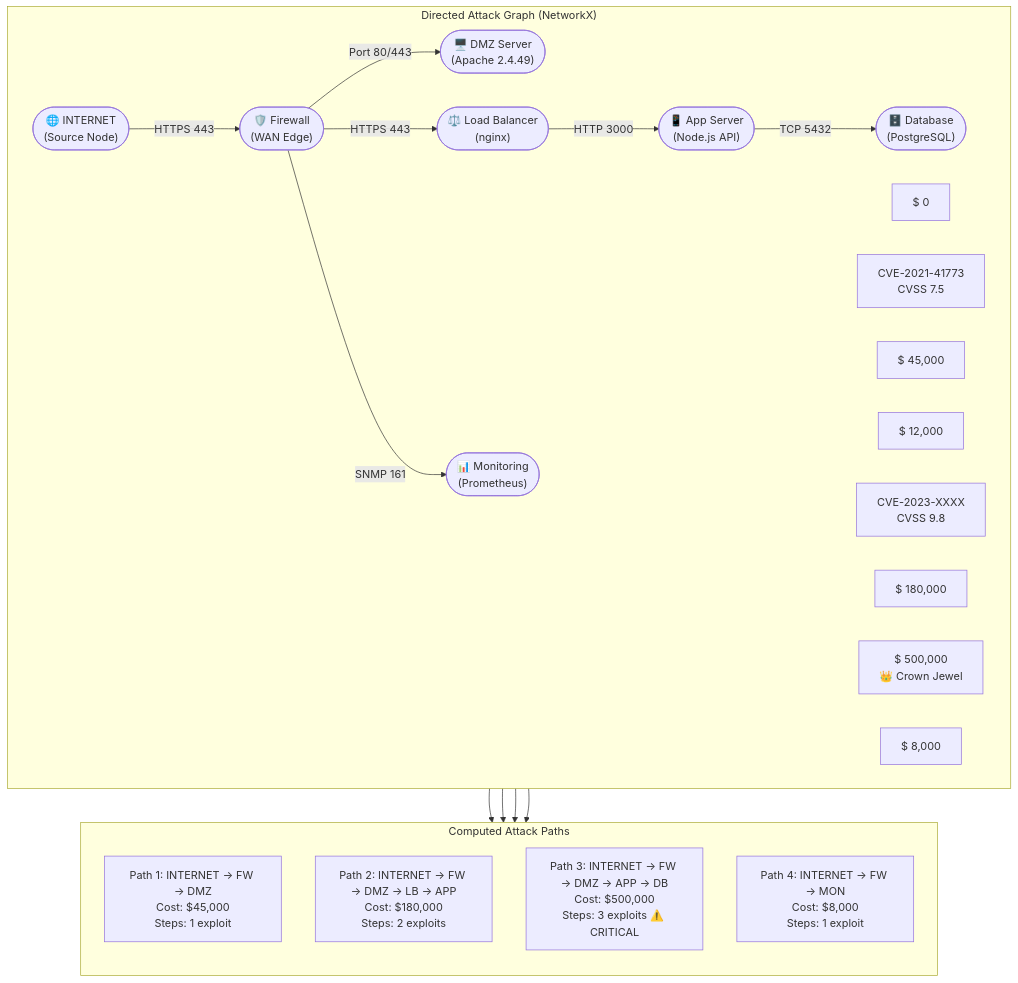
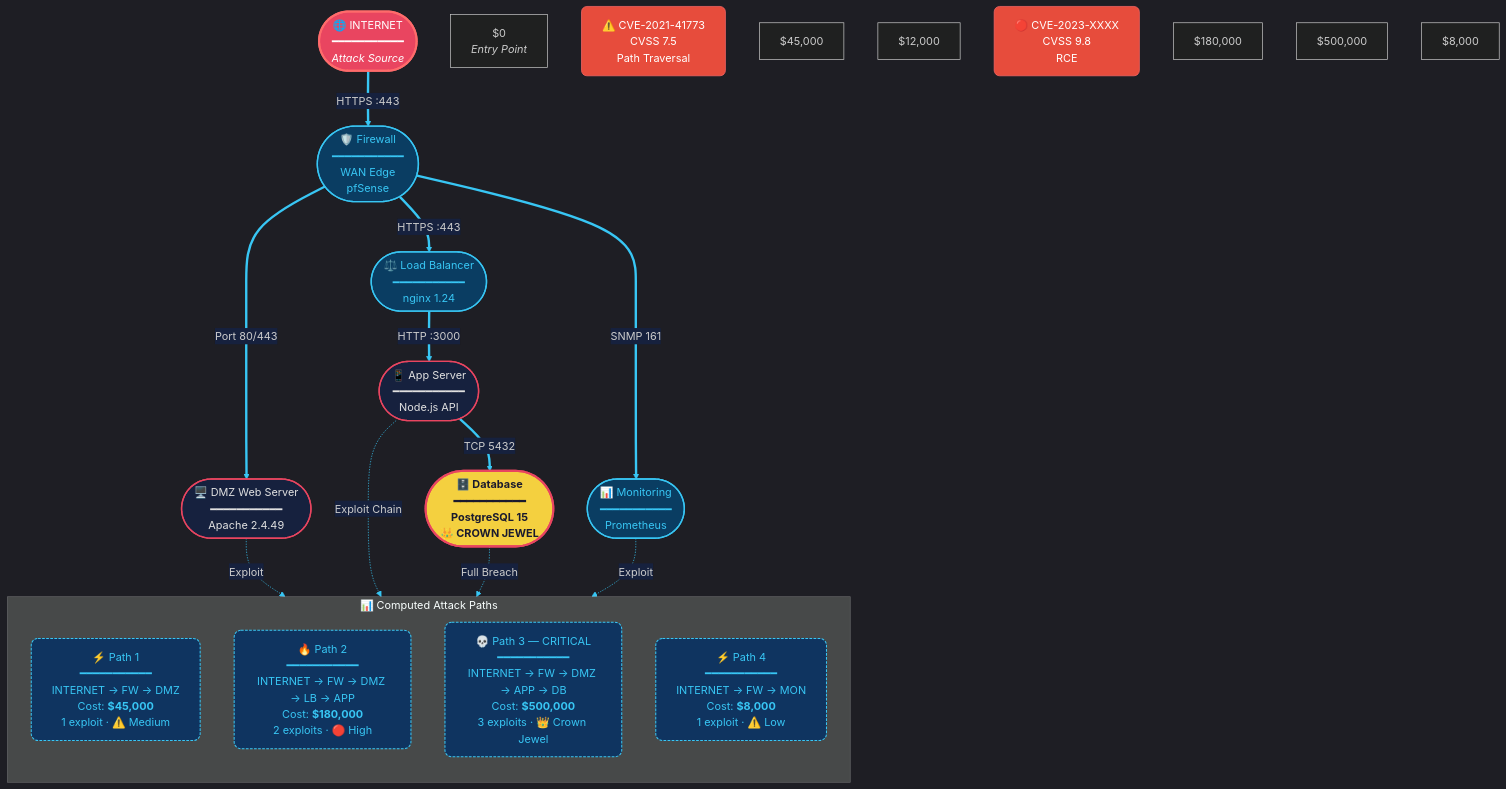
Before and after one commit to soumyachk101/Drishti-Innofusion: the third of 7 diagrams in README.md, drawn with Mermaid. The commit also changed other lines of this file, not shown here.

First line of the commit message:
docs: update README with enhanced mermaid styling and architecture diagrams

````diff
--- a/README.md
+++ b/README.md
@@ -242,48 +241,52 @@
 ```mermaid
+%%{init: {'theme': 'dark', 'themeVariables': { 'primaryColor': '#1a1a2e', 'edgeLabelBackground':'#16213e', 'tertiaryColor': '#0f3460', 'primaryTextColor': '#e0e0e0', 'lineColor': '#38c6f4', 'secondaryColor': '#1a1a2e', 'tertiaryColor': '#0f3460'}}}%%
 flowchart TD
- subgraph GraphModel["Directed Attack Graph (NetworkX)"]
- direction LR
+ classDef internet fill:#e94560,stroke:#ff6b6b,stroke-width:3px,color:#fff,rx:20,font-size:16px
+ classDef edge fill:#0a3d62,stroke:#38c6f4,stroke-width:2px,color:#38c6f4,rx:12
+ classDef server fill:#16213e,stroke:#e94560,stroke-width:2px,color:#e0e0e0,rx:12
+ classDef jewel fill:#f4d03f,stroke:#e94560,stroke-width:3px,color:#1a1a2e,rx:12,font-weight:bold
+ classDef vuln fill:#e74c3c,stroke:#ff6b6b,stroke-width:1px,color:#fff,rx:8
+ classDef path fill:#0f3460,stroke:#38c6f4,stroke-width:1.5px,color:#38c6f4,rx:10,stroke-dasharray:4 2
 
- INTERNET(["🌐 INTERNET<br/>(Source Node)"])
+ N0(["🌐 INTERNET<br/>━━━━━━━━━━━<br/><i>Attack Source</i>"]):::internet
 
- FIREWALL1(["🛡️ Firewall<br/>(WAN Edge)"])
- FW1_PRICE["$ 0"]
+ N1(["🛡️ Firewall<br/>━━━━━━━━━━━<br/>WAN Edge<br/>pfSense"]):::edge
+ PRICE1["$0<br/><i>Entry Point</i>"]
 
- DMZ_SRV(["🖥️ DMZ Server<br/>(Apache 2.4.49)"])
- DMZ_VULN["CVE-2021-41773<br/>CVSS 7.5"]
- DMZ_PRICE["$ 45,000"]
+ N2(["🖥️ DMZ Web Server<br/>━━━━━━━━━━━<br/>Apache 2.4.49"]):::server
+ VULN2["⚠️ CVE-2021-41773<br/>CVSS 7.5<br/>Path Traversal"]:::vuln
+ PRICE2["$45,000"]
 
- LB(["⚖️ Load Balancer<br/>(nginx)"])
- LB_PRICE["$ 12,000"]
+ N3(["⚖️ Load Balancer<br/>━━━━━━━━━━━<br/>nginx 1.24"]):::edge
+ PRICE3["$12,000"]
 
- APP_SRV(["📱 App Server<br/>(Node.js API)"])
- APP_VULN["CVE-2023-XXXX<br/>CVSS 9.8"]
- APP_PRICE["$ 180,000"]
+ N4(["📱 App Server<br/>━━━━━━━━━━━<br/>Node.js API"]):::server
+ VULN4["🔴 CVE-2023-XXXX<br/>CVSS 9.8<br/>RCE"]:::vuln
+ PRICE4["$180,000"]
 
- DB(["🗄️ Database<br/>(PostgreSQL)"])
- DB_PRICE["$ 500,000<br/>👑 Crown Jewel"]
+ N5(["🗄️ Database<br/>━━━━━━━━━━━<br/>PostgreSQL 15<br/>👑 CROWN JEWEL"]):::jewel
+ PRICE5["$500,000"]
 
- MON(["📊 Monitoring<br/>(Prometheus)"])
- MON_PRICE["$ 8,000"]
+ N6(["📊 Monitoring<br/>━━━━━━━━━━━<br/>Prometheus"]):::edge
+ PRICE6["$8,000"]
+
+ subgraph PATHS [📊 Computed Attack Paths]
+ direction TB
+ PATH1["⚡ Path 1<br/>━━━━━━━━━━━<br/>INTERNET → FW → DMZ<br/>Cost: <b>$45,000</b><br/>1 exploit · ⚠️ Medium"]:::path
+ PATH2["🔥 Path 2<br/>━━━━━━━━━━━<br/>INTERNET → FW → DMZ → LB → APP<br/>Cost: <b>$180,000</b><br/>2 exploits · 🔴 High"]:::path
+ PATH3["💀 Path 3 — CRITICAL<br/>━━━━━━━━━━━<br/>INTERNET → FW → DMZ → APP → DB<br/>Cost: <b>$500,000</b><br/>3 exploits · 👑 Crown Jewel"]:::path
+ PATH4["⚡ Path 4<br/>━━━━━━━━━━━<br/>INTERNET → FW → MON<br/>Cost: <b>$8,000</b><br/>1 exploit · ⚠️ Low"]:::path
  end
 
- subgraph AttackPaths["Computed Attack Paths"]
- direction TB
- P1["Path 1: INTERNET → FW → DMZ<br/>Cost: $45,000<br/>Steps: 1 exploit"]
- P2["Path 2: INTERNET → FW → DMZ → LB → APP<br/>Cost: $180,000<br/>Steps: 2 exploits"]
- P3["Path 3: INTERNET → FW → DMZ → APP → DB<br/>Cost: $500,000<br/>Steps: 3 exploits ⚠️ CRITICAL"]
- P4["Path 4: INTERNET → FW → MON<br/>Cost: $8,000<br/>Steps: 1 exploit"]
- end
+ N0 ==>|"HTTPS :443"| N1
+ N1 == Port 80/443 ==> N2
+ N1 == HTTPS :443 ==> N3
+ N3 == HTTP :3000 ==> N4
+ N4 == TCP 5432 ==> N5
+ N1 == SNMP 161 ==> N6
 
- INTERNET -->|"HTTPS 443"| FIREWALL1
- FIREWALL1 -->|"Port 80/443"| DMZ_SRV
- FIREWALL1 -->|"HTTPS 443"| LB
- LB -->|"HTTP 3000"| APP_SRV
- APP_SRV -->|"TCP 5432"| DB
- FIREWALL1 -->|"SNMP 161"| MON
-
- DMZ_SRV --> P1
- APP_SRV --> P2
- DB --> P3
- MON --> P4
+ N2 -.->|"Exploit"| PATH1
+ N4 -.->|"Exploit Chain"| PATH2
+ N5 -.->|"Full Breach"| PATH3
+ N6 -.->|"Exploit"| PATH4
 ```
````
